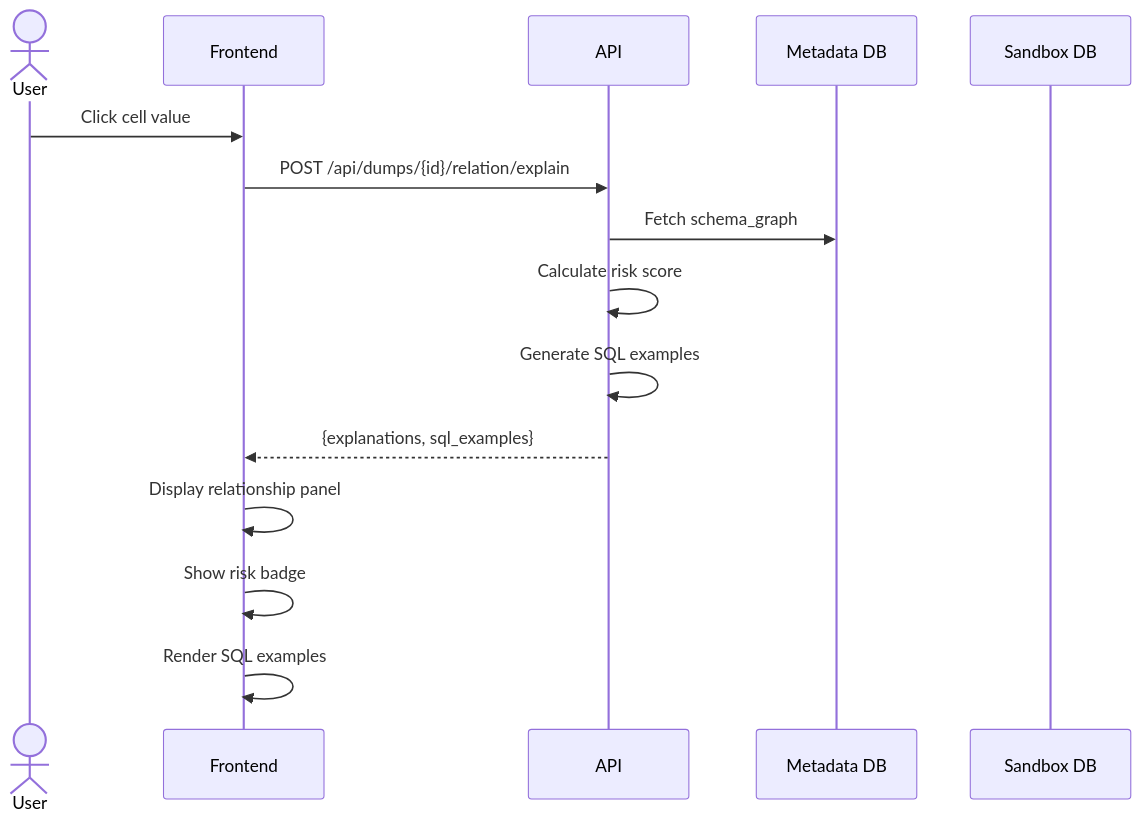
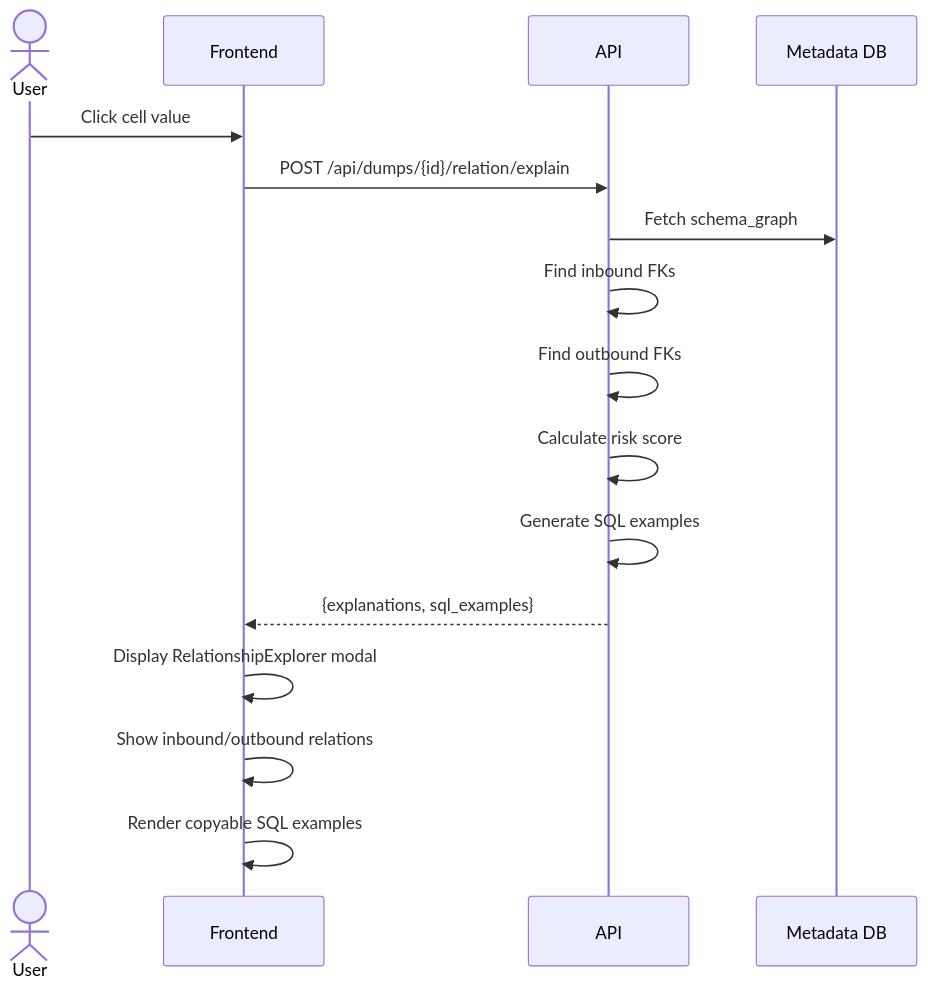
Before and after one commit to pkaiy81/PgDumpLens: the sixth of 10 diagrams in docs/architecture.md, drawn with Mermaid. The commit also changed other lines of this file and 16 other files, not shown here.

Commit message:
create Relationship Explorer

````diff
--- a/docs/architecture.md
+++ b/docs/architecture.md
@@ -157,19 +183,20 @@
 ```mermaid
 sequenceDiagram
     actor User
     participant Frontend
     participant API
     participant MetaDB as Metadata DB
-    participant SandboxDB as Sandbox DB
 
     User->>Frontend: Click cell value
     Frontend->>API: POST /api/dumps/{id}/relation/explain
     API->>MetaDB: Fetch schema_graph
+    API->>API: Find inbound FKs
+    API->>API: Find outbound FKs
     API->>API: Calculate risk score
     API->>API: Generate SQL examples
     API-->>Frontend: {explanations, sql_examples}
     
-    Frontend->>Frontend: Display relationship panel
-    Frontend->>Frontend: Show risk badge
-    Frontend->>Frontend: Render SQL examples
+    Frontend->>Frontend: Display RelationshipExplorer modal
+    Frontend->>Frontend: Show inbound/outbound relations
+    Frontend->>Frontend: Render copyable SQL examples
 ```
````
